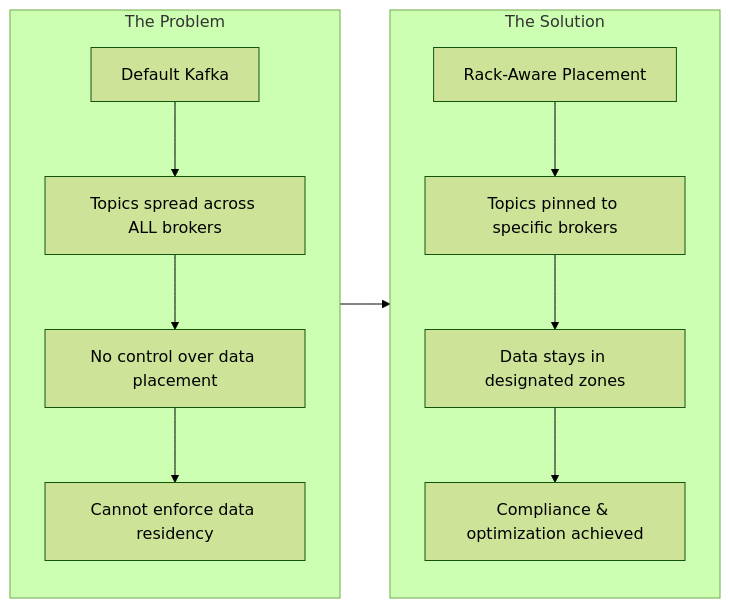
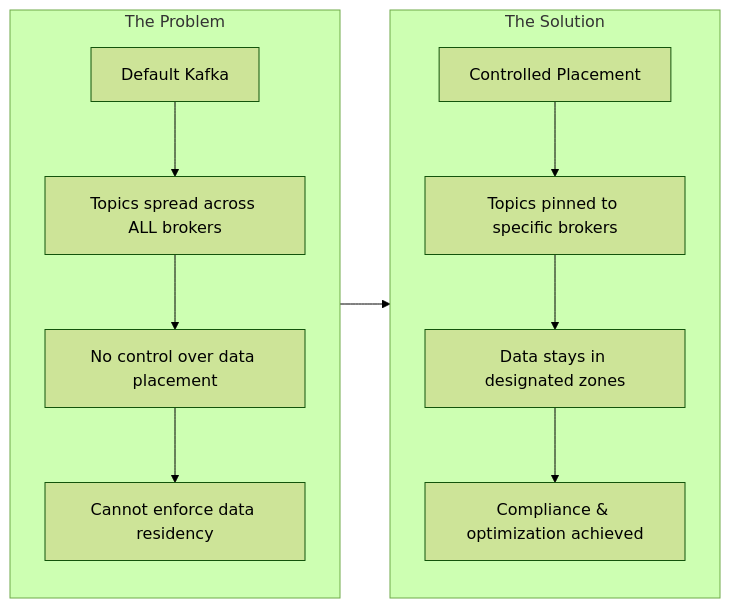
The diagram in README.md (osodevops/kafka-rack-aware-topic-placement), drawn with Mermaid (forest theme) before and after one commit. The commit also changed other lines of this file and 27 other files, not shown here.

````diff
--- a/README.md
+++ b/README.md
@@ -19,18 +20,18 @@
 ```mermaid
 flowchart LR
     subgraph problem[" The Problem"]
         direction TB
         P1[Default Kafka] --> P2[Topics spread across ALL brokers]
         P2 --> P3[No control over data placement]
         P3 --> P4[Cannot enforce data residency]
     end
 
     subgraph solution[" The Solution"]
         direction TB
-        S1[Rack-Aware Placement] --> S2[Topics pinned to specific brokers]
+        S1[Controlled Placement] --> S2[Topics pinned to specific brokers]
         S2 --> S3[Data stays in designated zones]
         S3 --> S4[Compliance & optimization achieved]
     end
 
     problem --> solution
 ```
````
